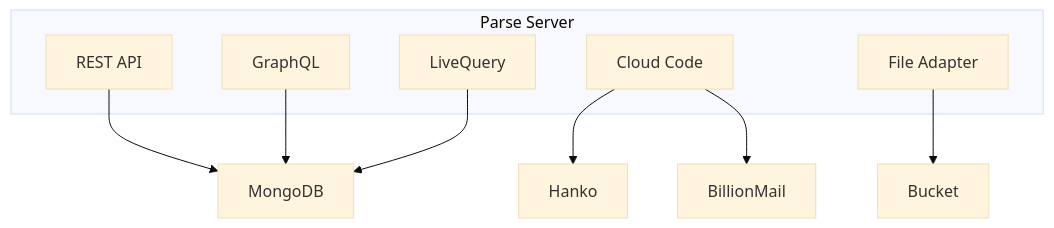
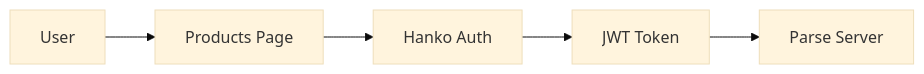
One commit to dirm02/bloggista changed the fourth of 9 diagrams in expansion.md. Above: the diagram before and after it, drawn with Mermaid (base theme). The commit also changed other lines of this file, not shown here.

````diff
--- a/expansion.md
+++ b/expansion.md
@@ -120,17 +139,7 @@
 ```mermaid
-flowchart TB
-    subgraph ParseServer [Parse Server]
-        REST[REST API]
-        GraphQL[GraphQL]
-        LiveQuery[LiveQuery]
-        CloudCode[Cloud Code]
-        FileStorage[File Adapter]
-    end
-
-    REST --> MongoDB
-    GraphQL --> MongoDB
-    LiveQuery --> MongoDB
-    FileStorage --> Bucket
-    CloudCode --> Hanko
-    CloudCode --> BillionMail
+flowchart LR
+    User[User] --> Products[Products Page]
+    Products --> Hanko[Hanko Auth]
+    Hanko --> JWT[JWT Token]
+    JWT --> Parse[Parse Server]
 ```
````
